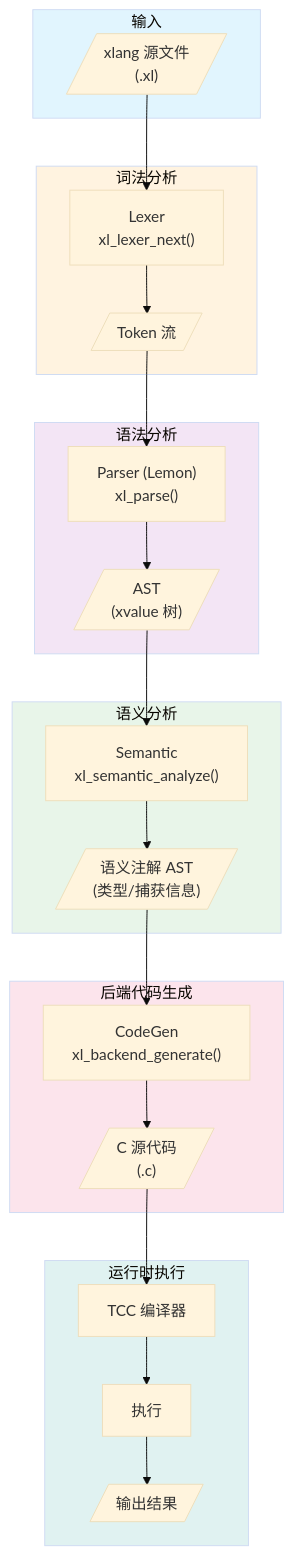
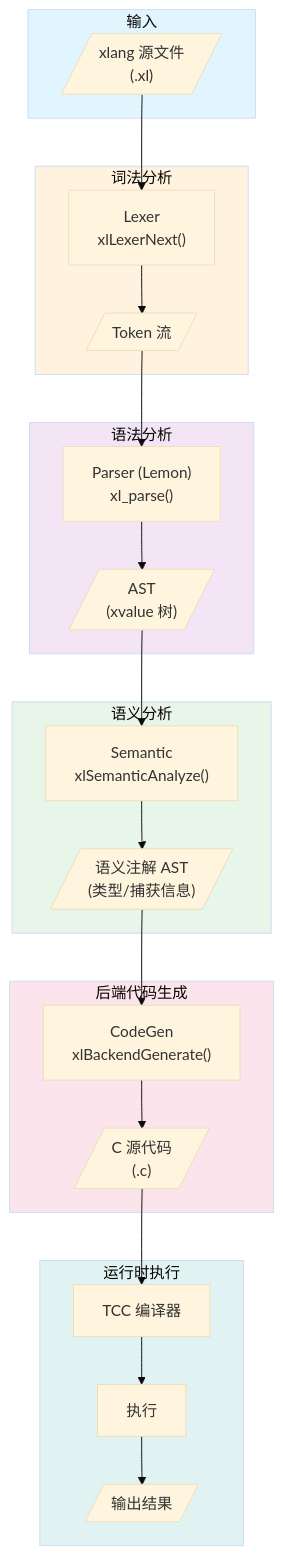
One commit to xywhsoft/xlang changed the first of 10 diagrams in spec.md. Above: the diagram before and after it, drawn with Mermaid (base theme). The commit also changed other lines of this file, not shown here.

````diff
--- a/spec.md
+++ b/spec.md
@@ -2669,44 +2715,44 @@
 ```mermaid
 flowchart TD
     subgraph Input["输入"]
         SRC[/"xlang 源文件<br/>(.xl)"/]
     end
     
     subgraph Lexer["词法分析"]
-        LEX["Lexer<br/>xl_lexer_next()"]
+        LEX["Lexer<br/>xlLexerNext()"]
         TOKENS[/"Token 流"/]
         SRC --> LEX --> TOKENS
     end
     
     subgraph Parser["语法分析"]
         PARSE["Parser (Lemon)<br/>xl_parse()"]
         AST[/"AST<br/>(xvalue 树)"/]
         TOKENS --> PARSE --> AST
     end
     
     subgraph Semantic["语义分析"]
-        SEM["Semantic<br/>xl_semantic_analyze()"]
+        SEM["Semantic<br/>xlSemanticAnalyze()"]
         SEM_AST[/"语义注解 AST<br/>(类型/捕获信息)"/]
         AST --> SEM --> SEM_AST
     end
     
     subgraph Backend["后端代码生成"]
-        CODEGEN["CodeGen<br/>xl_backend_generate()"]
+        CODEGEN["CodeGen<br/>xlBackendGenerate()"]
         CSRC[/"C 源代码<br/>(.c)"/]
         SEM_AST --> CODEGEN --> CSRC
     end
     
     subgraph Runtime["运行时执行"]
         TCC["TCC 编译器"]
         EXEC["执行"]
         OUTPUT[/"输出结果"/]
         CSRC --> TCC --> EXEC --> OUTPUT
     end
     
     style Input fill:#e1f5fe
     style Lexer fill:#fff3e0
     style Parser fill:#f3e5f5
     style Semantic fill:#e8f5e9
     style Backend fill:#fce4ec
     style Runtime fill:#e0f2f1
 ```
````
